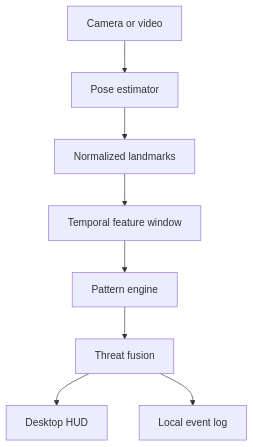
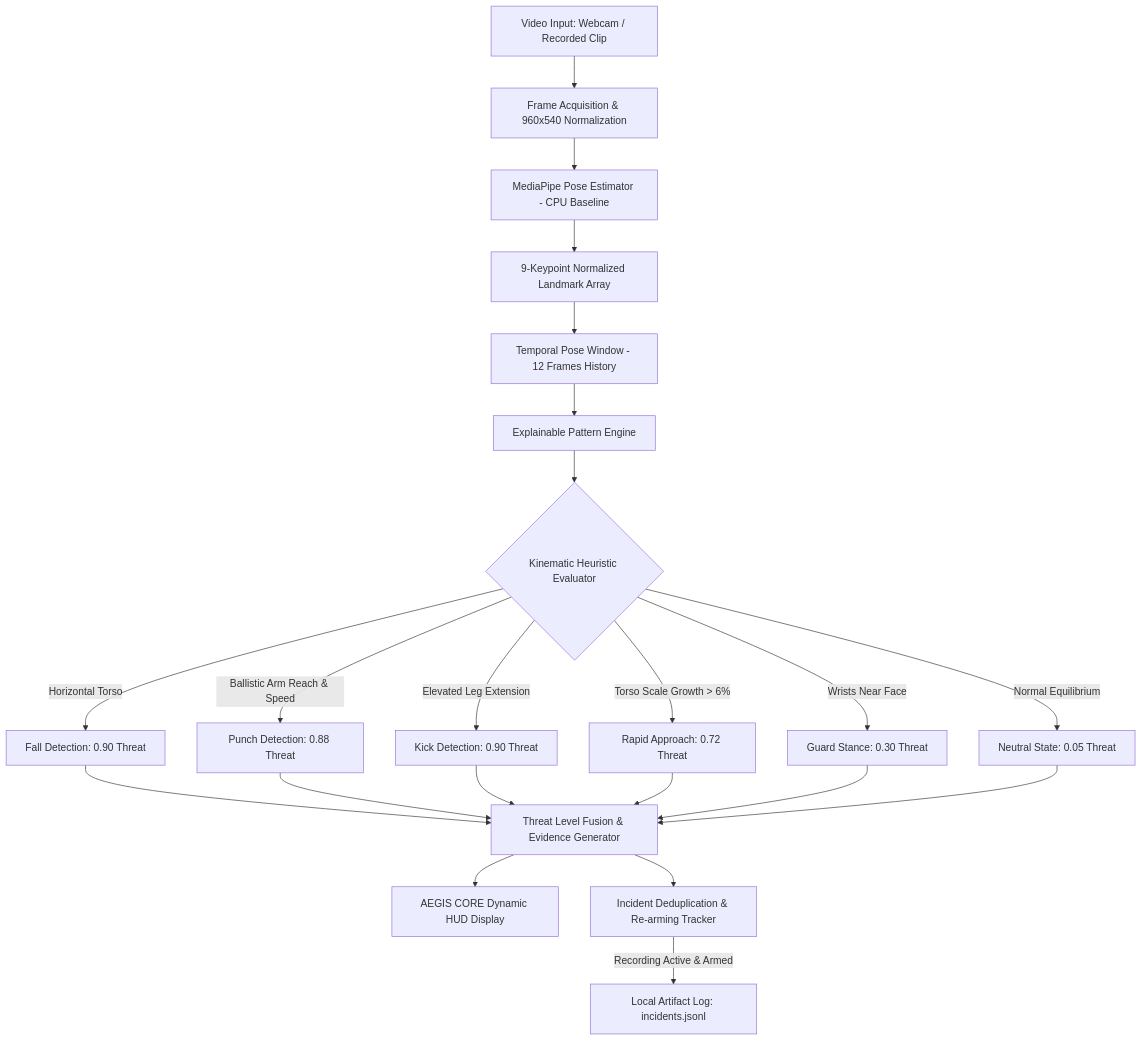
One commit to aniketkapgate7-crypto/Aegis-Fight-Pattern-Analyzer changed the diagram in README.md. Above: the diagram before and after it, drawn with Mermaid. The commit also changed other lines of this file and 17 other files, not shown here.

````diff
--- a/README.md
+++ b/README.md
@@ -54,10 +62,19 @@
 ```mermaid
 flowchart TD
-    A[Camera or video] --> B[Pose estimator]
-    B --> C[Normalized landmarks]
-    C --> D[Temporal feature window]
-    D --> E[Pattern engine]
-    E --> F[Threat fusion]
-    F --> G[Desktop HUD]
-    F --> H[Local event log]
+    A[Video Input: Webcam / Recorded Clip] --> B[Frame Acquisition & 960x540 Normalization]
+    B --> C[MediaPipe Pose Estimator - CPU Baseline]
+    C --> D[9-Keypoint Normalized Landmark Array]
+    D --> E[Temporal Pose Window - 12 Frames History]
+    E --> F[Explainable Pattern Engine]
+    F --> G{Kinematic Heuristic Evaluator}
+    G -->|Horizontal Torso| H[Fall Detection: 0.90 Threat]
+    G -->|Ballistic Arm Reach & Speed| I[Punch Detection: 0.88 Threat]
+    G -->|Elevated Leg Extension| J[Kick Detection: 0.90 Threat]
+    G -->|Torso Scale Growth > 6%| K[Rapid Approach: 0.72 Threat]
+    G -->|Wrists Near Face| L[Guard Stance: 0.30 Threat]
+    G -->|Normal Equilibrium| M[Neutral State: 0.05 Threat]
+    H & I & J & K & L & M --> N[Threat Level Fusion & Evidence Generator]
+    N --> O[AEGIS CORE Dynamic HUD Display]
+    N --> P[Incident Deduplication & Re-arming Tracker]
+    P -->|Recording Active & Armed| Q[Local Artifact Log: incidents.jsonl]
 ```
````
